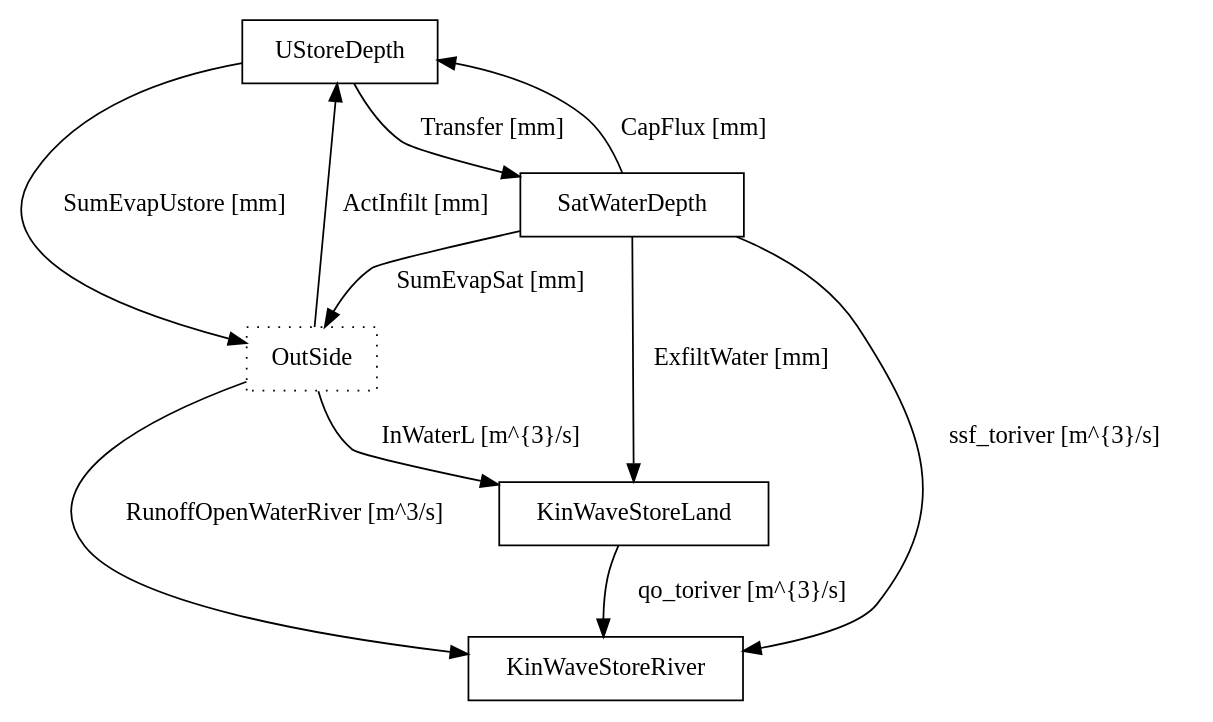
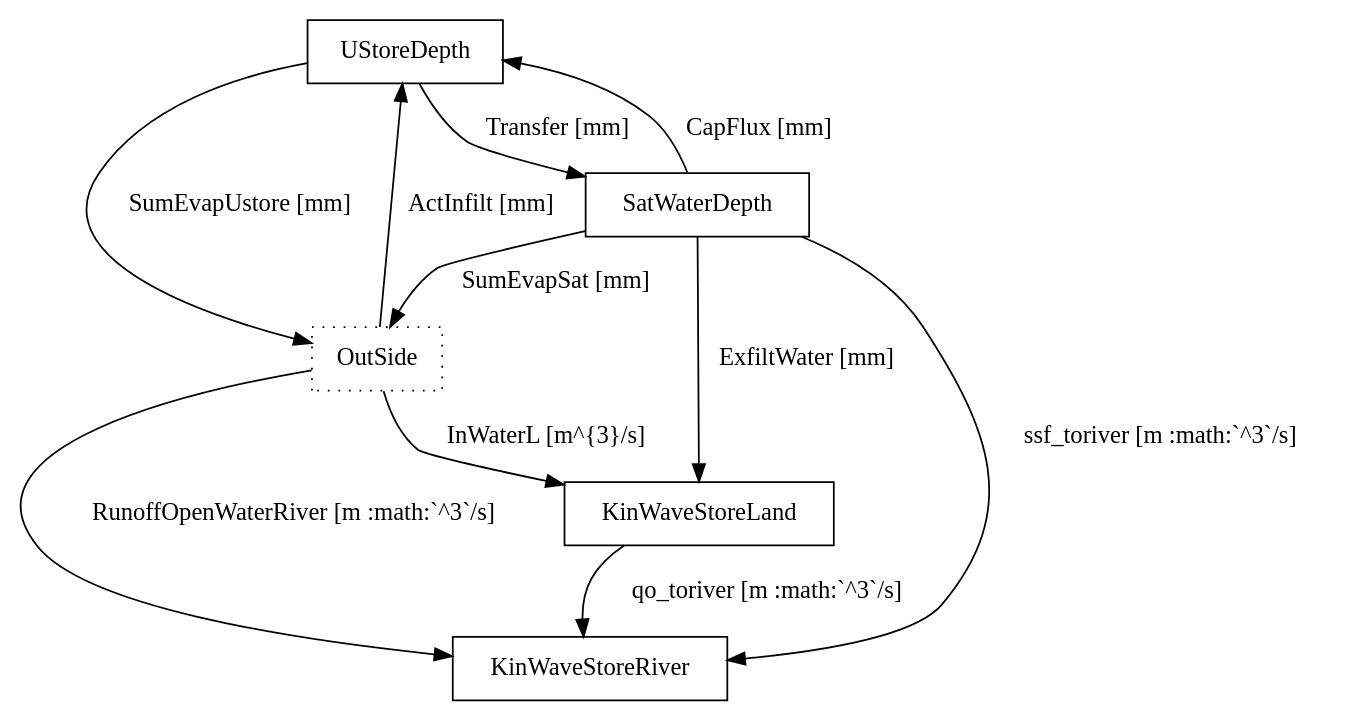
The first of 2 diagrams in doc/wflow_sbm.rst (openstreams/wflow), drawn with Graphviz before and after one commit. The commit also changed other lines of this file and 2 other files, not shown here.

```diff
--- a/doc/wflow_sbm.rst
+++ b/doc/wflow_sbm.rst
@@ -628,17 +628,17 @@
 .. digraph:: grids
  
     compound=true;
     node[shape=record];
     UStoreDepth [shape=box];
     OutSide [style=dotted];
     SatWaterDepth [shape=box];
     UStoreDepth -> SatWaterDepth [label="Transfer [mm]"];
     SatWaterDepth -> UStoreDepth [label="CapFlux [mm]"];        
     SatWaterDepth -> KinWaveStoreLand [label="ExfiltWater [mm]"];
     "OutSide" -> UStoreDepth [label="ActInfilt [mm]"];
     UStoreDepth -> OutSide [label="SumEvapUstore [mm]"];
     SatWaterDepth -> OutSide [label="SumEvapSat [mm]"];
     "OutSide" -> KinWaveStoreLand [label="InWaterL [m^{3}/s]"];
-    KinWaveStoreLand -> KinWaveStoreRiver [label="qo_toriver [m^{3}/s]"]
-    SatWaterDepth -> KinWaveStoreRiver [label="ssf_toriver [m^{3}/s]"]
-    "OutSide" -> KinWaveStoreRiver [label="RunoffOpenWaterRiver [m^3/s]"] ;
+    KinWaveStoreLand -> KinWaveStoreRiver [label="qo_toriver [m\ :math:`^3`/s]"]
+    SatWaterDepth -> KinWaveStoreRiver [label="ssf_toriver [m\ :math:`^3`/s]"]
+    "OutSide" -> KinWaveStoreRiver [label="RunoffOpenWaterRiver [m\ :math:`^3`/s]"] ;
```
